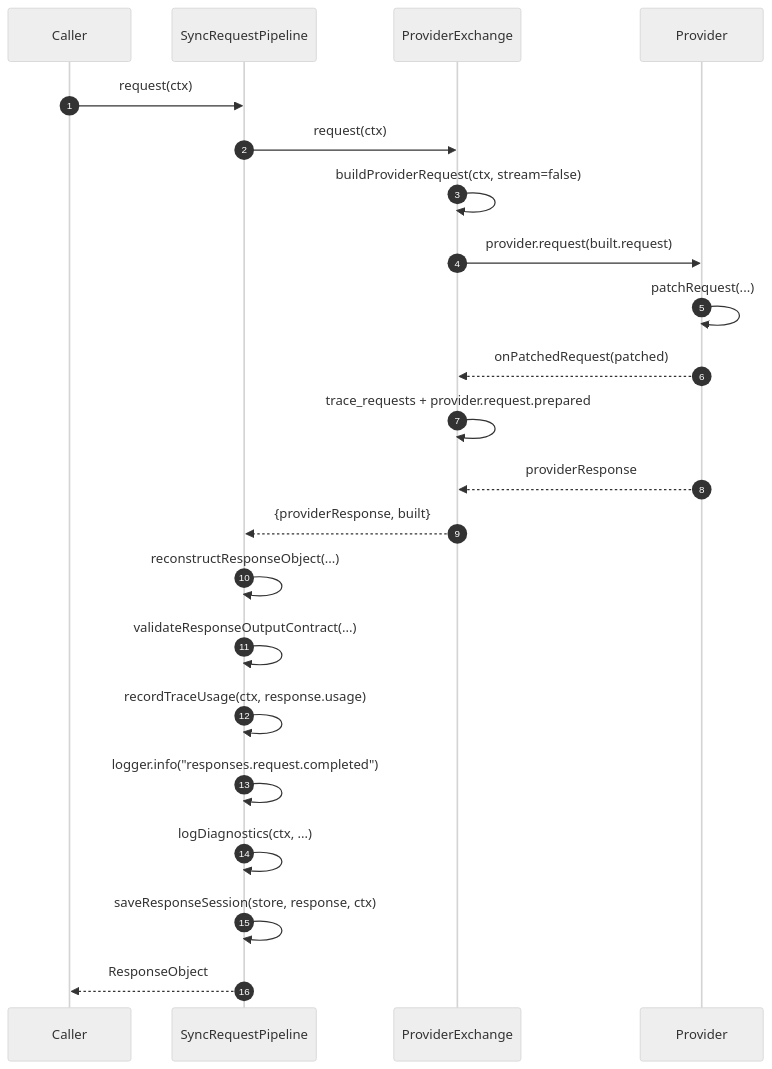
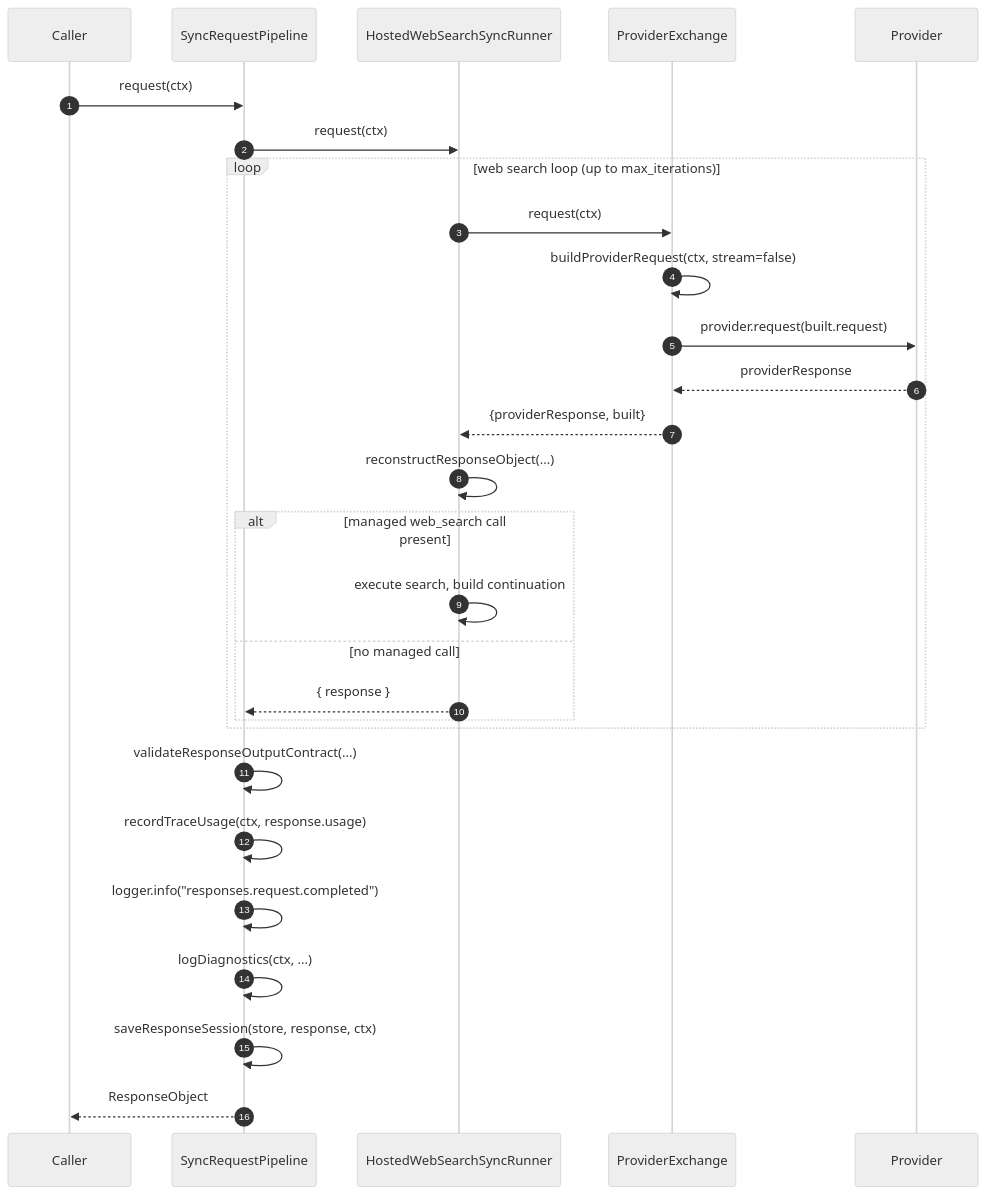
Before and after one commit to Ahoo-Wang/GodeX: the first of 2 diagrams in wiki/02-architecture/sync-pipeline.md, drawn with Mermaid (neutral theme). The commit also changed other lines of this file and 70 other files, not shown here.

````diff
--- a/wiki/02-architecture/sync-pipeline.md
+++ b/wiki/02-architecture/sync-pipeline.md
@@ -34,25 +34,31 @@
 ```mermaid
 sequenceDiagram
     autonumber
     participant C as Caller
     participant S as SyncRequestPipeline
+    participant R as HostedWebSearchSyncRunner
     participant E as ProviderExchange
     participant P as Provider
 
     C->>S: request(ctx)
-    S->>E: request(ctx)
-    E->>E: buildProviderRequest(ctx, stream=false)
-    E->>P: provider.request(built.request)
-    P->>P: patchRequest(...)
-    P-->>E: onPatchedRequest(patched)
-    E->>E: trace_requests + provider.request.prepared
-    P-->>E: providerResponse
-    E-->>S: {providerResponse, built}
-    S->>S: reconstructResponseObject(...)
+    S->>R: request(ctx)
+    loop web search loop (up to max_iterations)
+        R->>E: request(ctx)
+        E->>E: buildProviderRequest(ctx, stream=false)
+        E->>P: provider.request(built.request)
+        P-->>E: providerResponse
+        E-->>R: {providerResponse, built}
+        R->>R: reconstructResponseObject(...)
+        alt managed web_search call present
+            R->>R: execute search, build continuation
+        else no managed call
+            R-->>S: { response }
+        end
+    end
     S->>S: validateResponseOutputContract(...)
     S->>S: recordTraceUsage(ctx, response.usage)
     S->>S: logger.info("responses.request.completed")
     S->>S: logDiagnostics(ctx, ...)
     S->>S: saveResponseSession(store, response, ctx)
     S-->>C: ResponseObject
 ```
````
